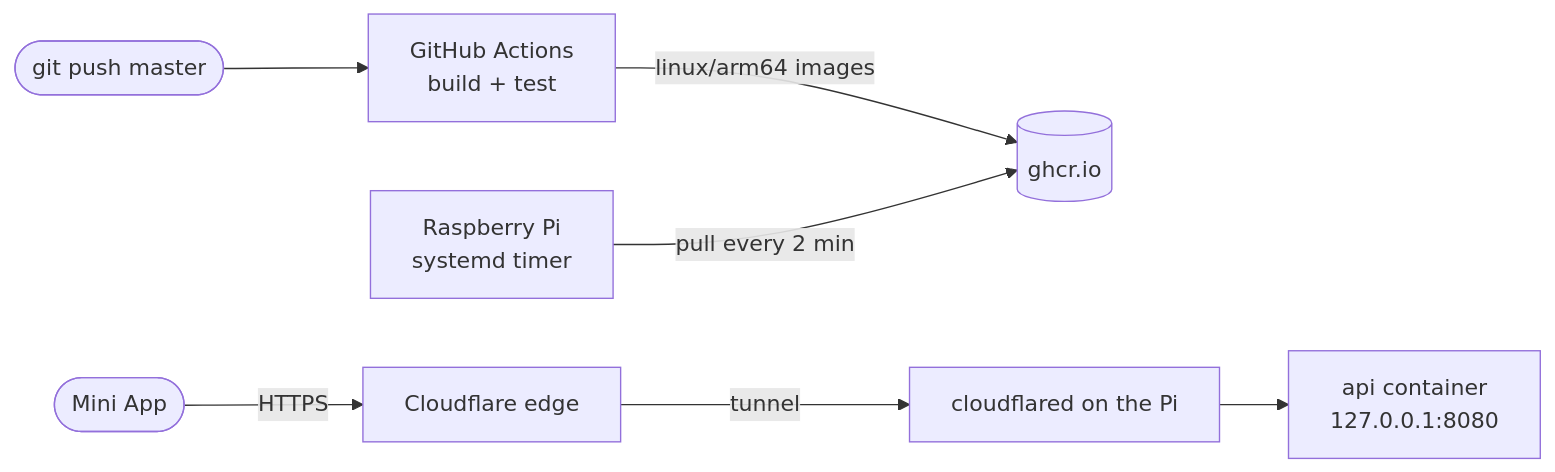
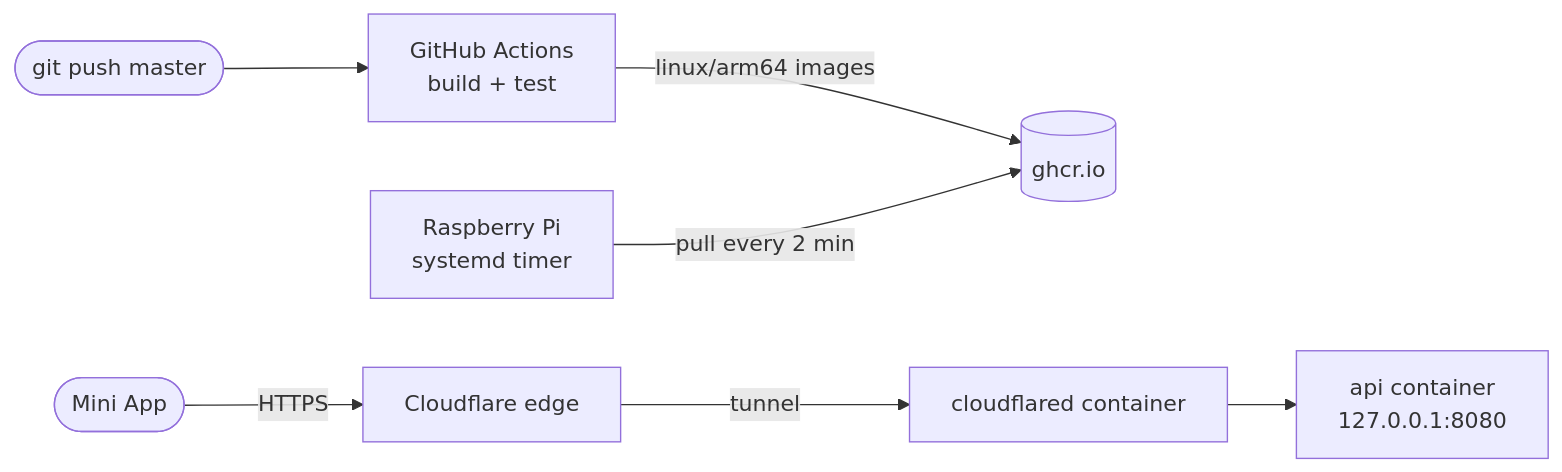
One commit to RunoLight/ExpensesBot changed the second of 2 diagrams in readme.md. Above: the diagram before and after it, drawn with Mermaid. The commit also changed other lines of this file and 3 other files, not shown here.

````diff
--- a/readme.md
+++ b/readme.md
@@ -158,7 +158,7 @@
 ```mermaid
 flowchart LR
     Dev([git push master]) --> CI[GitHub Actions<br/>build + test]
     CI -- linux/arm64 images --> GHCR[(ghcr.io)]
     Pi[Raspberry Pi<br/>systemd timer] -- pull every 2 min --> GHCR
-    U([Mini App]) -- HTTPS --> CF[Cloudflare edge] -- tunnel --> CFD[cloudflared on the Pi] --> API[api container<br/>127.0.0.1:8080]
+    U([Mini App]) -- HTTPS --> CF[Cloudflare edge] -- tunnel --> CFD[cloudflared container] --> API[api container<br/>127.0.0.1:8080]
 ```
````
